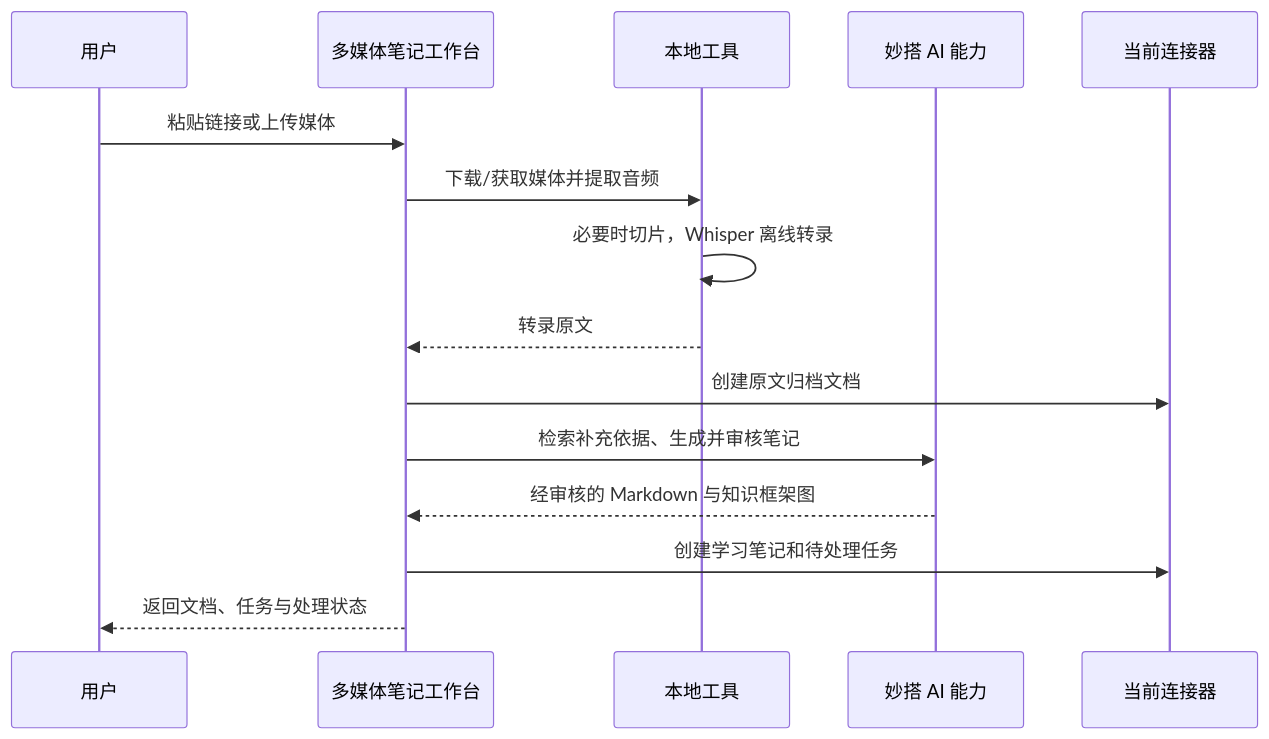
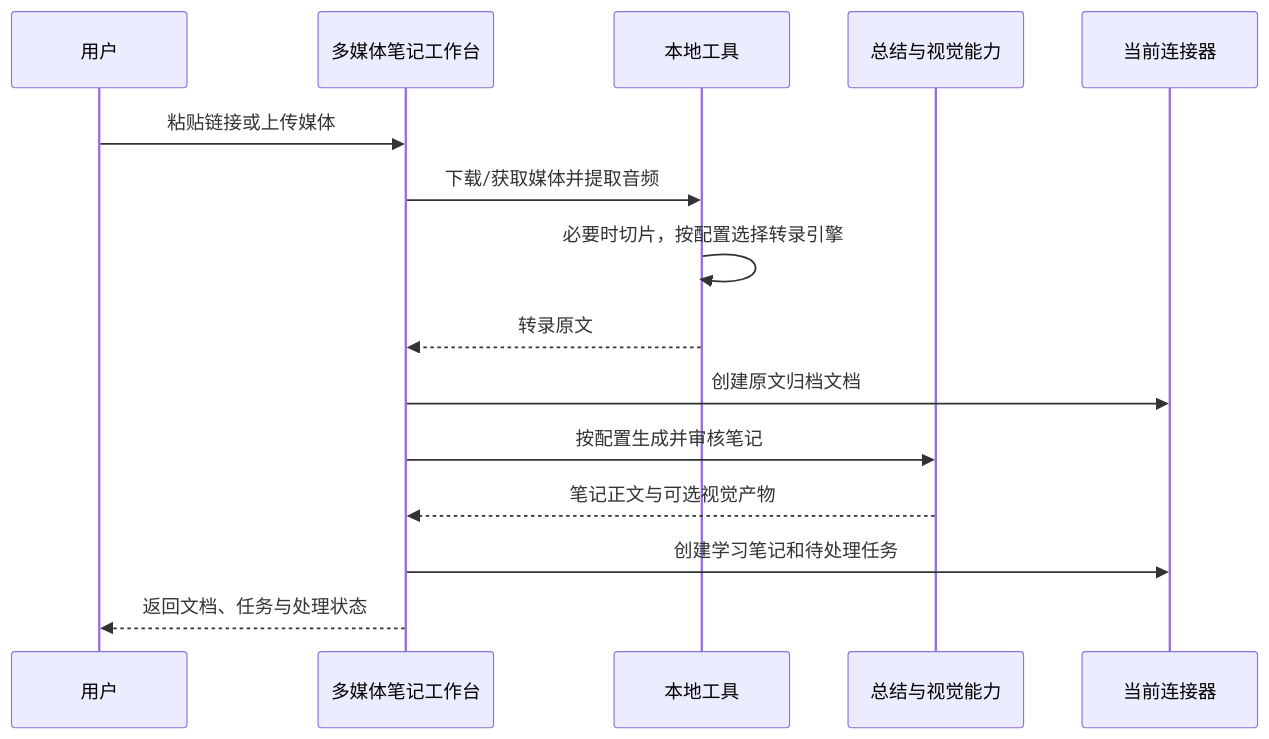
One commit to guangquan123/media-notes-workbench changed the second of 2 diagrams in README.md. Above: the diagram before and after it, drawn with Mermaid. The commit also changed other lines of this file, not shown here.

````diff
--- a/README.md
+++ b/README.md
@@ -87,18 +72,18 @@
 ```mermaid
 sequenceDiagram
     participant U as 用户
     participant W as 多媒体笔记工作台
     participant L as 本地工具
-    participant AI as 妙搭 AI 能力
+    participant AI as 总结与视觉能力
     participant F as 当前连接器
 
     U->>W: 粘贴链接或上传媒体
     W->>L: 下载/获取媒体并提取音频
-    L->>L: 必要时切片，Whisper 离线转录
+    L->>L: 必要时切片，按配置选择转录引擎
     L-->>W: 转录原文
     W->>F: 创建原文归档文档
-    W->>AI: 检索补充依据、生成并审核笔记
-    AI-->>W: 经审核的 Markdown 与知识框架图
+    W->>AI: 按配置生成并审核笔记
+    AI-->>W: 笔记正文与可选视觉产物
     W->>F: 创建学习笔记和待处理任务
     W-->>U: 返回文档、任务与处理状态
 ```
````
